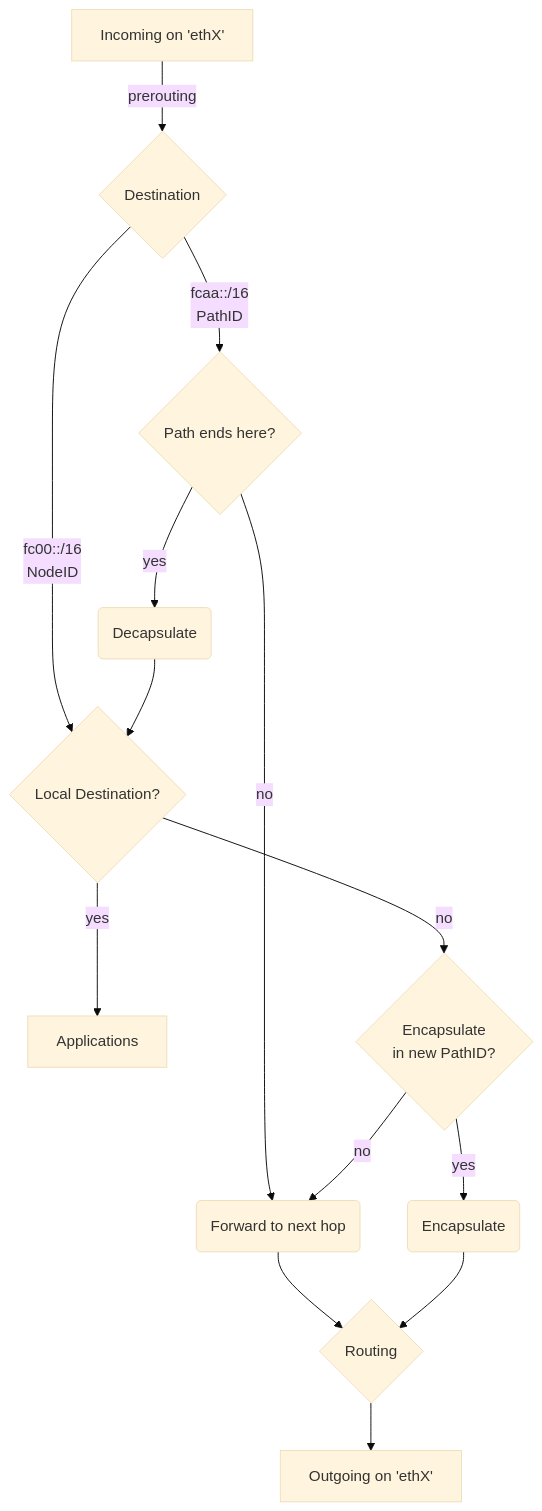
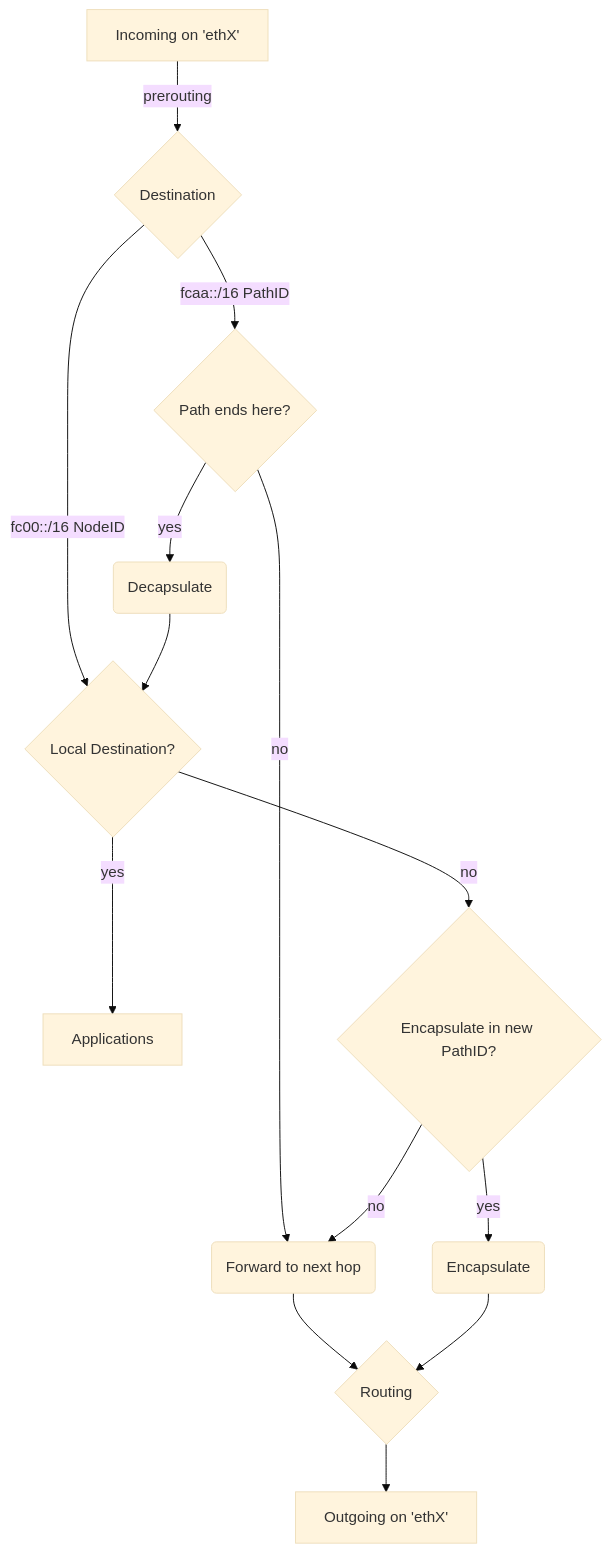
Before and after one commit to kit-tm/KIRA-Rust: the first of 2 diagrams in forwarding/README.MD, drawn with Mermaid (base theme). The commit also changed other lines of this file, not shown here.

Commit message:
fix formatting

````diff
--- a/forwarding/README.MD
+++ b/forwarding/README.MD
@@ -28,16 +28,16 @@
 ```mermaid
     graph TD
     A[Incoming on 'ethX'] -->|prerouting| B{Destination}
-    B --> |fcaa::/16 \n PathID| C{Path ends here?}
-    B --> |fc00::/16 \n NodeID| F
+    B --> |fcaa::/16 PathID| C{Path ends here?}
+    B --> |fc00::/16 NodeID| F
     C --> |yes| G(Decapsulate)
     G --> F{Local Destination?}
     C --> |no| H(Forward to next hop)
     H --> I{Routing}
     I --> Z[Outgoing on 'ethX']
     F --> |yes|J[Applications]
-    F --> |no| K{Encapsulate\n in new PathID?}
+    F --> |no| K{Encapsulate in new PathID?}
     K --> |no| H
     K --> |yes| L(Encapsulate)
     L --> I
 ```
````
